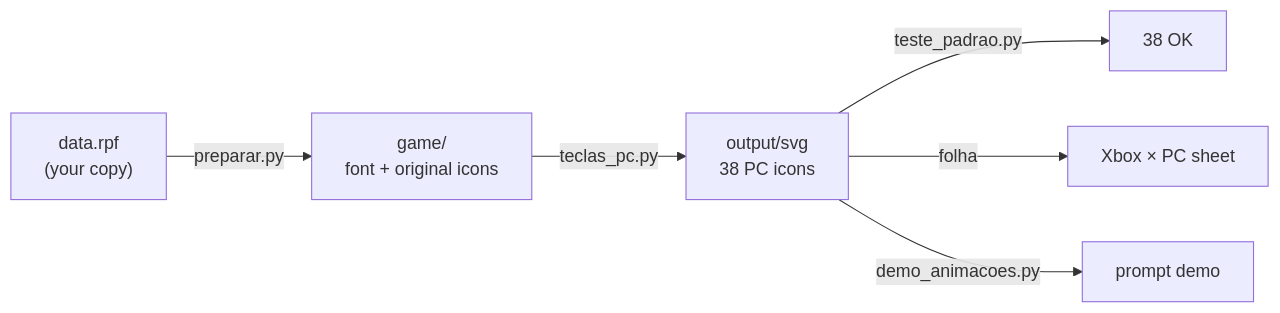
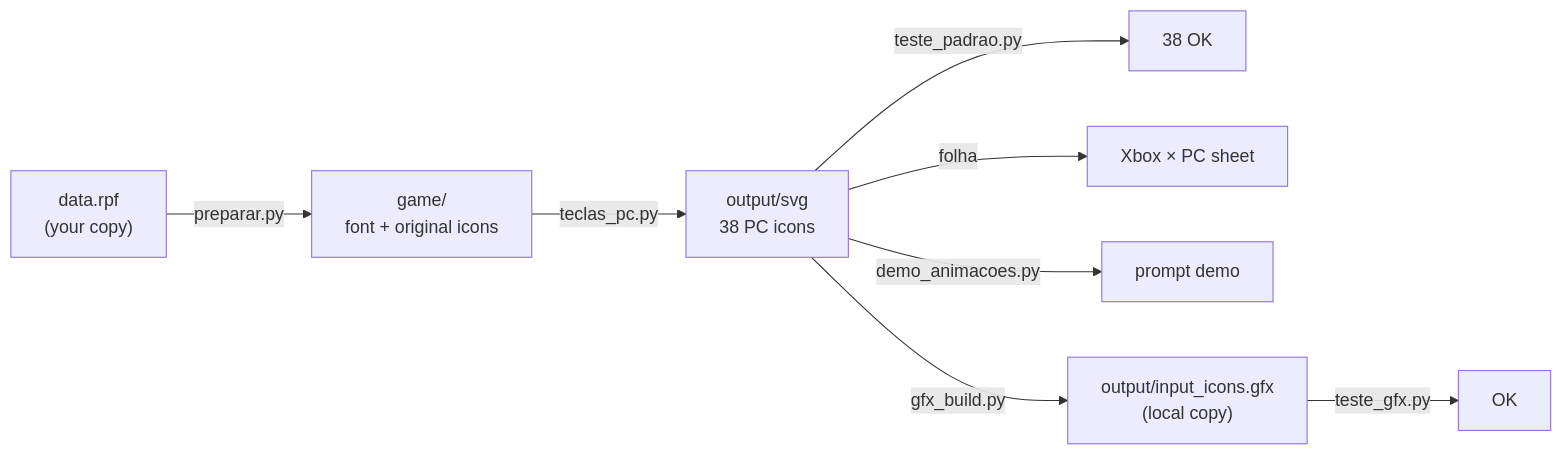
One commit to neverresetbr/iconicpink-blue changed the diagram in README.md. Above: the diagram before and after it, drawn with Mermaid. The commit also changed other lines of this file and 5 other files, not shown here.

First line of the commit message:
Write the drawings into a copy of input_icons.gfx (phase 2)

````diff
--- a/README.md
+++ b/README.md
@@ -51,8 +51,10 @@
 ```mermaid
 flowchart LR
   A["data.rpf<br/>(your copy)"] -->|preparar.py| B["game/<br/>font + original icons"]
   B -->|teclas_pc.py| C["output/svg<br/>38 PC icons"]
   C -->|teste_padrao.py| D["38 OK"]
   C -->|folha| E["Xbox × PC sheet"]
   C -->|demo_animacoes.py| F["prompt demo"]
+  C -->|gfx_build.py| G["output/input_icons.gfx<br/>(local copy)"]
+  G -->|teste_gfx.py| H["OK"]
 ```
````
